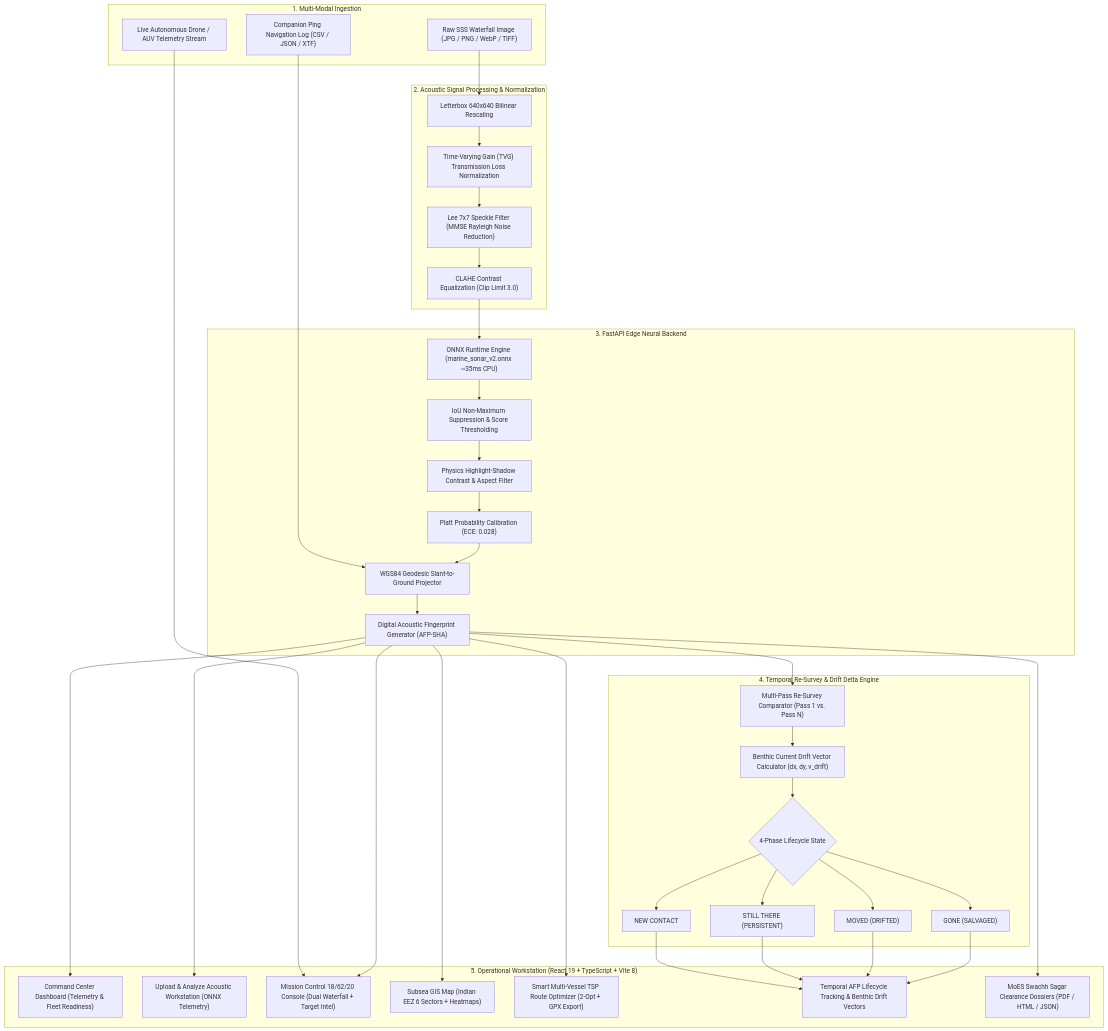
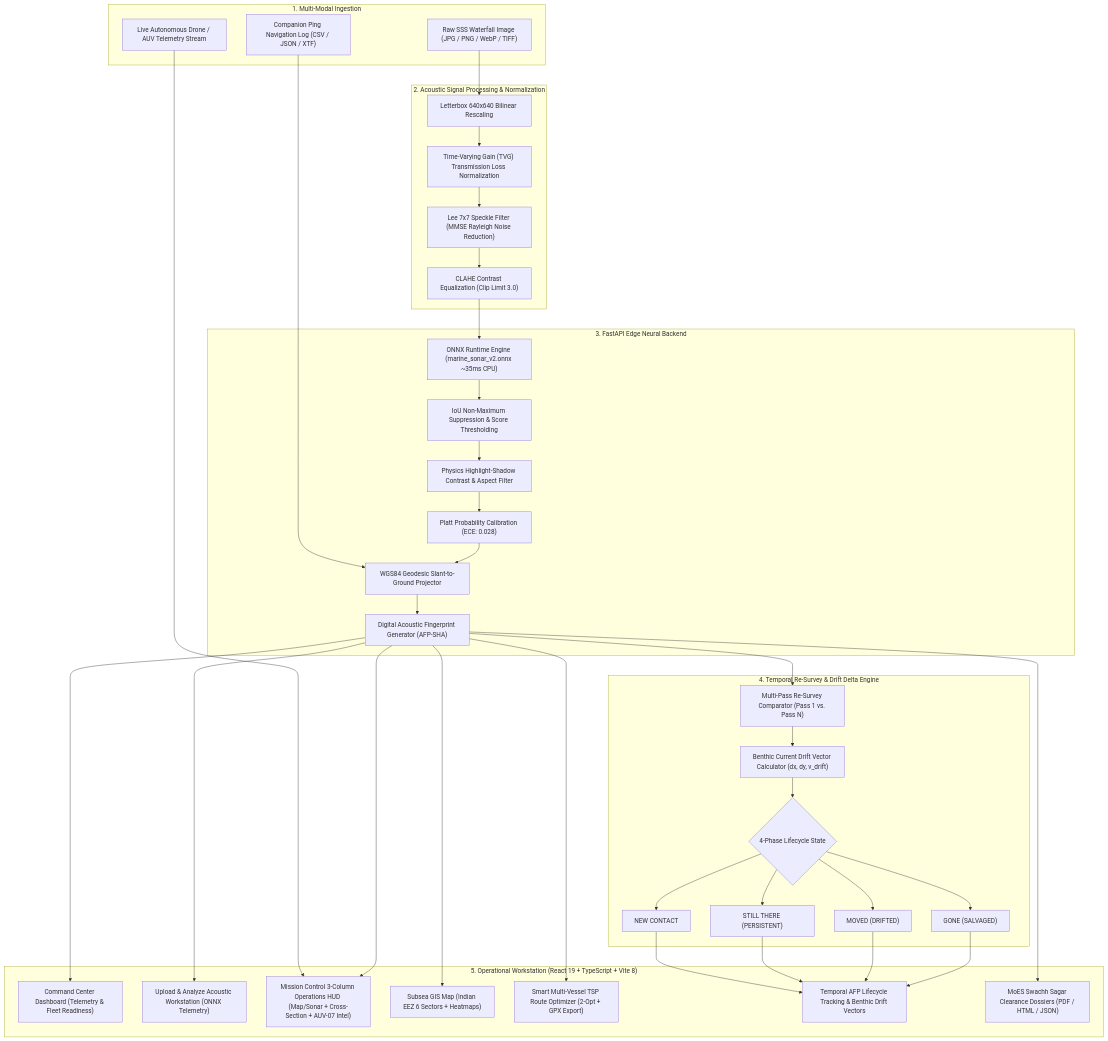
Before and after one commit to jayraj175coder/side_sonar_detection_ml: the diagram in README.md, drawn with Mermaid. The commit also changed other lines of this file and 6 other files, not shown here.

Commit message:
feat(mission): add multi-class sonar morphology engine, interactive MoES KPI filters, real ONNX image pinning, and update README

````diff
--- a/README.md
+++ b/README.md
@@ -67,53 +67,53 @@
 ```mermaid
 flowchart TD
     subgraph Ingestion ["1. Multi-Modal Ingestion"]
         Image["Raw SSS Waterfall Image (JPG / PNG / WebP / TIFF)"]
         Log["Companion Ping Navigation Log (CSV / JSON / XTF)"]
         AUV["Live Autonomous Drone / AUV Telemetry Stream"]
     end
 
     subgraph Preprocessing ["2. Acoustic Signal Processing & Normalization"]
         Letterbox["Letterbox 640x640 Bilinear Rescaling"]
         TVG["Time-Varying Gain (TVG) Transmission Loss Normalization"]
         Lee["Lee 7x7 Speckle Filter (MMSE Rayleigh Noise Reduction)"]
         CLAHE["CLAHE Contrast Equalization (Clip Limit 3.0)"]
     end
 
     subgraph Backend ["3. FastAPI Edge Neural Backend"]
         ONNX["ONNX Runtime Engine (marine_sonar_v2.onnx ~35ms CPU)"]
         NMS["IoU Non-Maximum Suppression & Score Thresholding"]
         NoiseFilter["Physics Highlight-Shadow Contrast & Aspect Filter"]
         Platt["Platt Probability Calibration (ECE: 0.028)"]
         Geotag["WGS84 Geodesic Slant-to-Ground Projector"]
         Fingerprint["Digital Acoustic Fingerprint Generator (AFP-SHA)"]
     end
 
     subgraph Temporal ["4. Temporal Re-Survey & Drift Delta Engine"]
         MultiPass["Multi-Pass Re-Survey Comparator (Pass 1 vs. Pass N)"]
         Drift["Benthic Current Drift Vector Calculator (dx, dy, v_drift)"]
         Lifecycle{"4-Phase Lifecycle State"}
         StateNew["NEW CONTACT"]
         StateStill["STILL THERE (PERSISTENT)"]
         StateMoved["MOVED (DRIFTED)"]
         StateGone["GONE (SALVAGED)"]
     end
 
     subgraph Client ["5. Operational Workstation (React 19 + TypeScript + Vite 8)"]
         Dashboard["Command Center Dashboard (Telemetry & Fleet Readiness)"]
         ScanWorkstation["Upload & Analyze Acoustic Workstation (ONNX Telemetry)"]
-        MissionControl["Mission Control 18/62/20 Console (Dual Waterfall + Target Intel)"]
+        MissionControl["Mission Control 3-Column Operations HUD (Map/Sonar + Cross-Section + AUV-07 Intel)"]
         GISMap["Subsea GIS Map (Indian EEZ 6 Sectors + Heatmaps)"]
         RouteOptimizer["Smart Multi-Vessel TSP Route Optimizer (2-Opt + GPX Export)"]
         TargetTracking["Temporal AFP Lifecycle Tracking & Benthic Drift Vectors"]
         Reports["MoES Swachh Sagar Clearance Dossiers (PDF / HTML / JSON)"]
     end
 
     Image --> Letterbox --> TVG --> Lee --> CLAHE --> ONNX
     Log --> Geotag
     AUV --> MissionControl
     ONNX --> NMS --> NoiseFilter --> Platt --> Geotag --> Fingerprint
     Fingerprint --> MultiPass --> Drift --> Lifecycle
     Lifecycle --> StateNew & StateStill & StateMoved & StateGone
     StateNew & StateStill & StateMoved & StateGone --> TargetTracking
     Fingerprint --> Dashboard & ScanWorkstation & MissionControl & GISMap & RouteOptimizer & Reports
 ```
````
